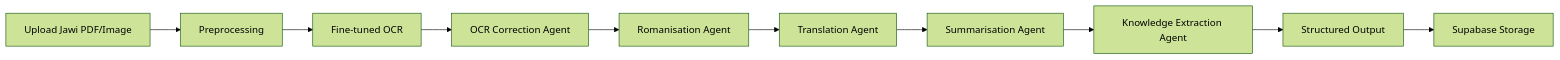
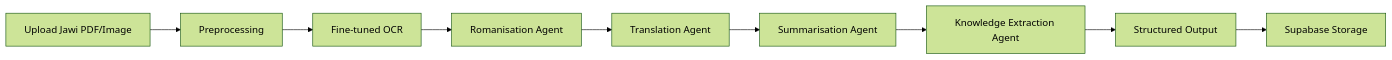
The diagram in docs/README.md (d33ppo/Multi-Agent-Framework-for-Classical-Malay), drawn with Mermaid (forest theme) before and after one commit. The commit also changed other lines of this file and 20 other files, not shown here.

````diff
--- a/docs/README.md
+++ b/docs/README.md
@@ -25,12 +25,11 @@
 ```mermaid
 flowchart LR
     A[Upload Jawi PDF/Image] --> B[Preprocessing]
     B --> C[Fine-tuned OCR]
-    C --> D[OCR Correction Agent]
-    D --> E[Romanisation Agent]
+    C --> E[Romanisation Agent]
     E --> F[Translation Agent]
     F --> G[Summarisation Agent]
     G --> H[Knowledge Extraction Agent]
     H --> I[Structured Output]
     I --> J[Supabase Storage]
 ```
````
